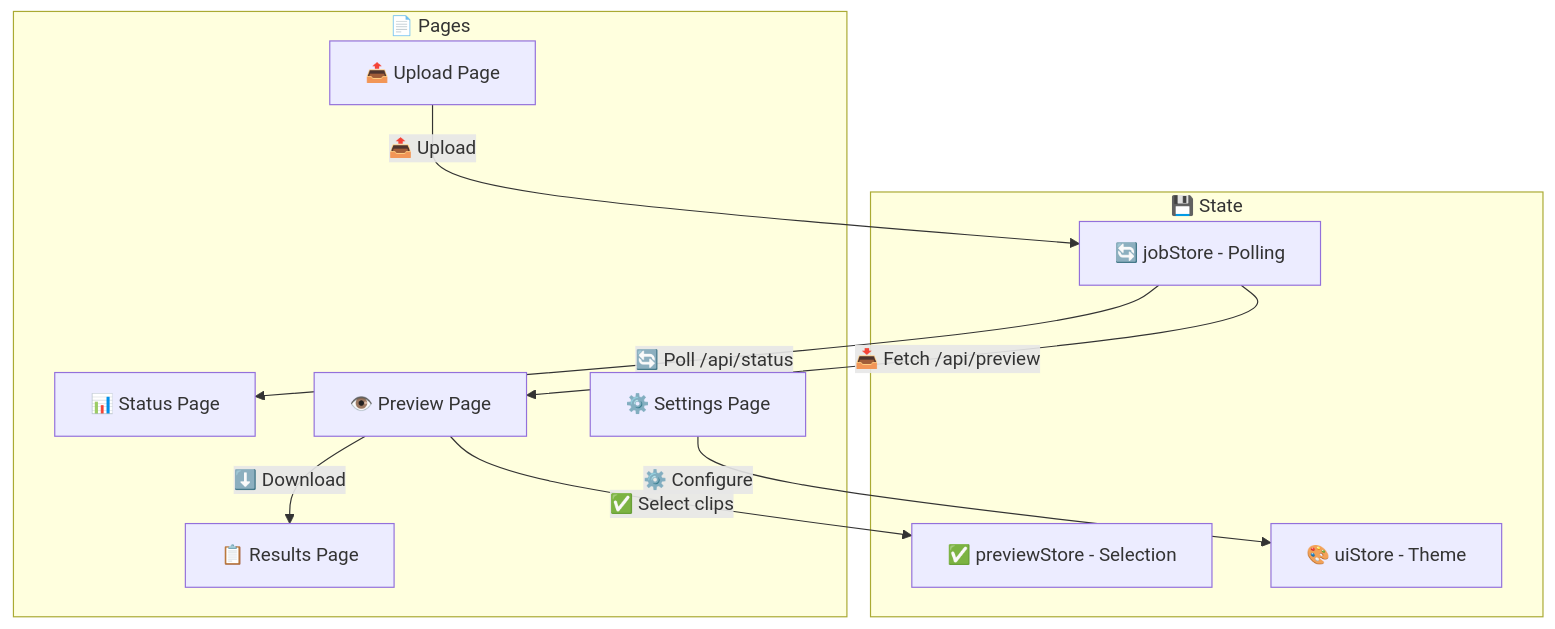
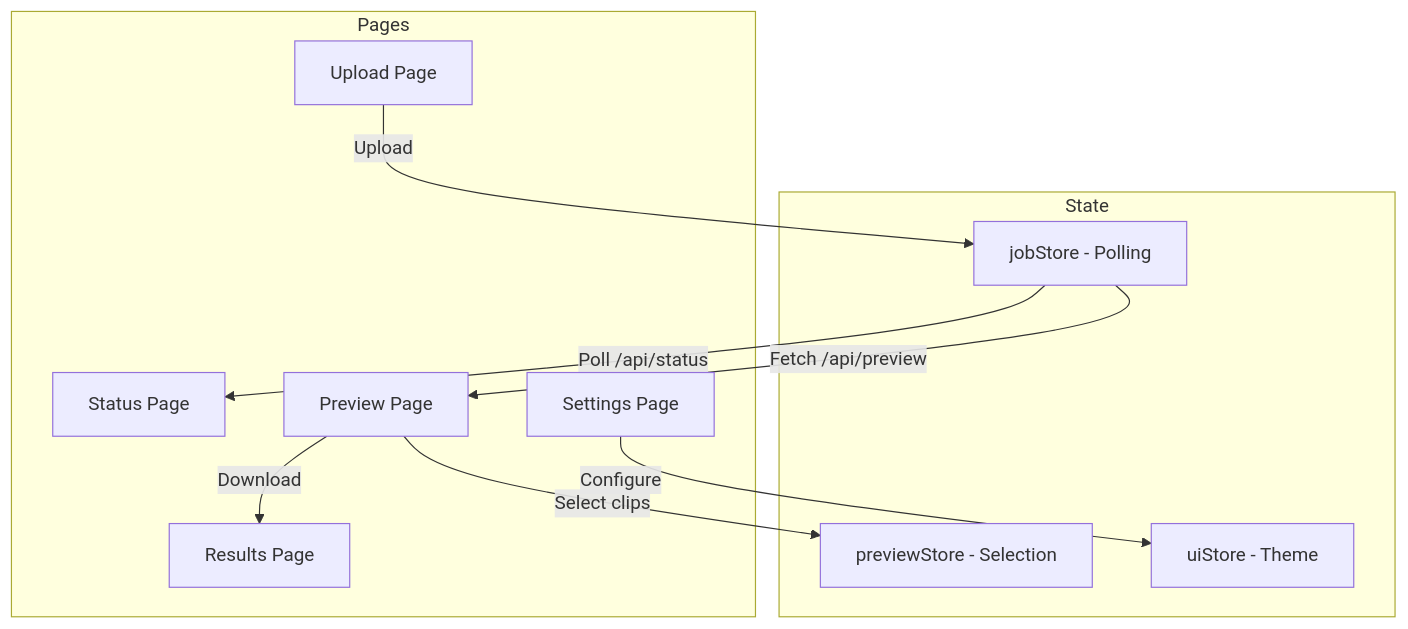
Before and after one commit to samm329-ui/Trimora_v2: the seventh of 7 diagrams in README.md, drawn with Mermaid. The commit also changed other lines of this file, not shown here.

Commit message:
fix: remove emojis from all Mermaid diagrams for GitHub rendering

````diff
--- a/README.md
+++ b/README.md
@@ -735,23 +735,23 @@
 ```mermaid
 flowchart TB
-    subgraph Pages ["📄 Pages"]
-        UP["📤 Upload Page"]
-        SP["📊 Status Page"]
-        PP["👁️ Preview Page"]
-        RP["📋 Results Page"]
-        SET["⚙️ Settings Page"]
+    subgraph Pages ["Pages"]
+        UP["Upload Page"]
+        SP["Status Page"]
+        PP["Preview Page"]
+        RP["Results Page"]
+        SET["Settings Page"]
     end
 
-    subgraph State ["💾 State"]
-        JS["🔄 jobStore - Polling"]
-        PS["✅ previewStore - Selection"]
-        UI["🎨 uiStore - Theme"]
+    subgraph State ["State"]
+        JS["jobStore - Polling"]
+        PS["previewStore - Selection"]
+        UI["uiStore - Theme"]
     end
 
-    UP -->|"📤 Upload"| JS
-    JS -->|"🔄 Poll /api/status"| SP
-    JS -->|"📥 Fetch /api/preview"| PP
-    PP -->|"✅ Select clips"| PS
-    PP -->|"⬇️ Download"| RP
-    SET -->|"⚙️ Configure"| UI
+    UP -->|Upload| JS
+    JS -->|Poll /api/status| SP
+    JS -->|Fetch /api/preview| PP
+    PP -->|Select clips| PS
+    PP -->|Download| RP
+    SET -->|Configure| UI
 ```
````
